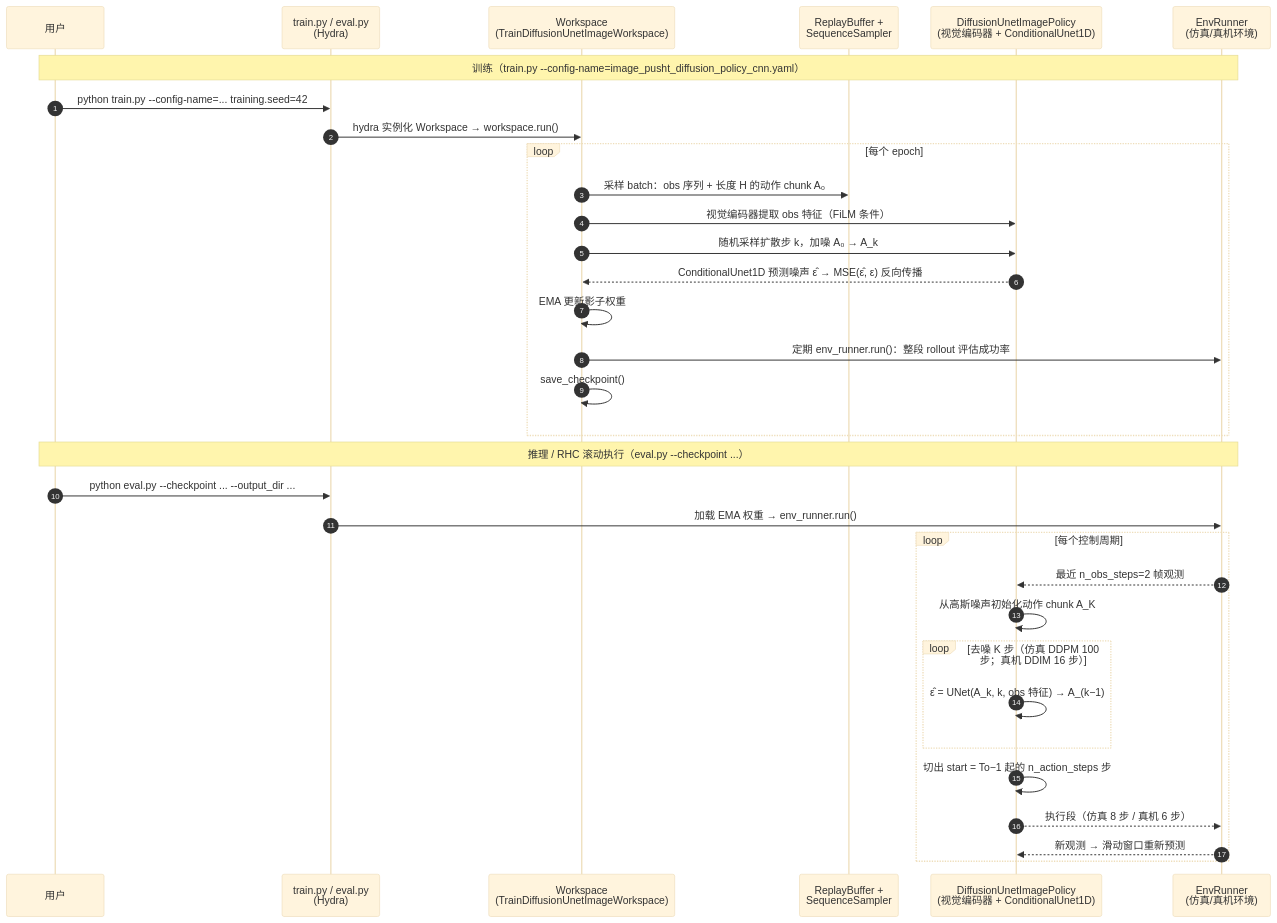
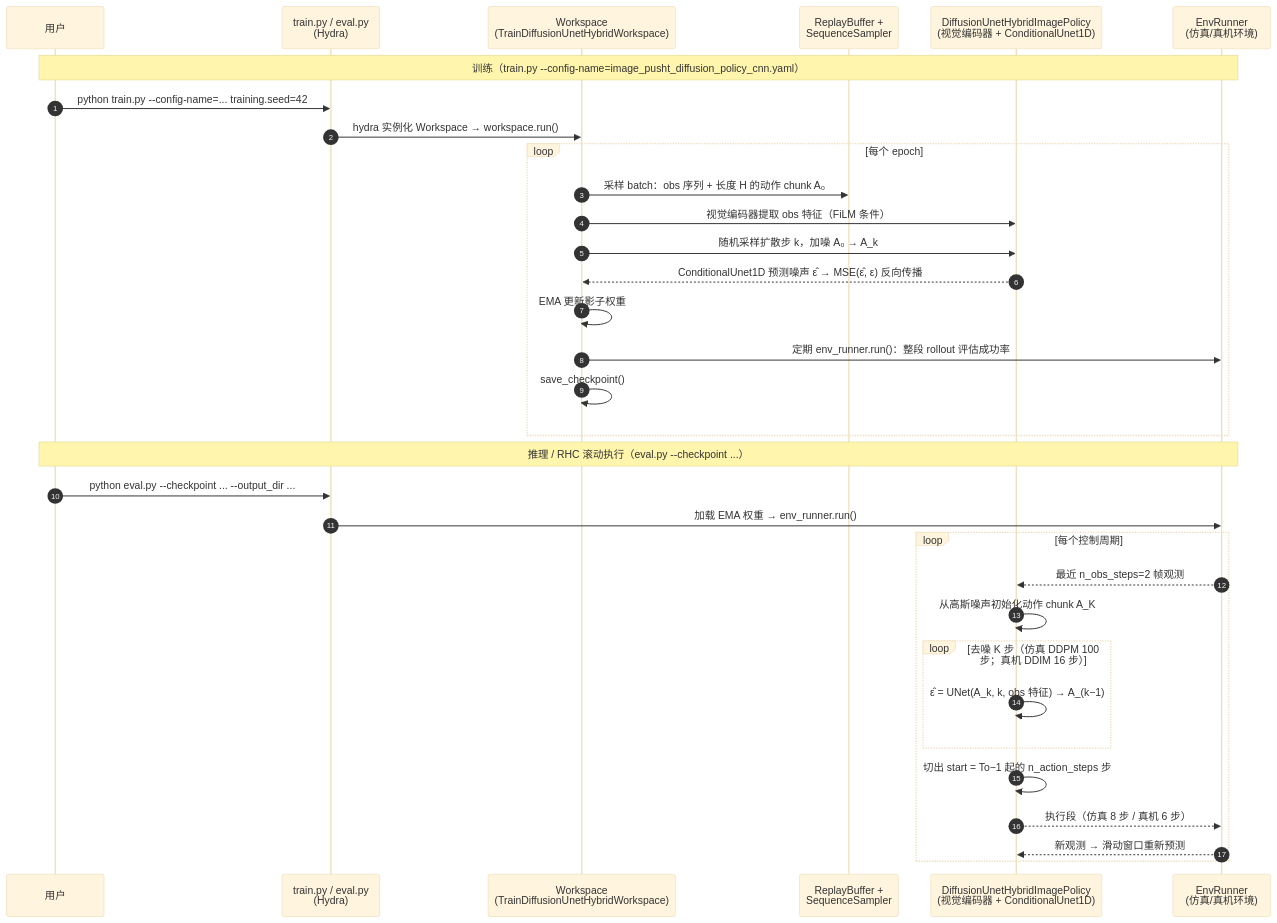
One commit to ImChong/Robot_Learning_Paper_Notebooks changed the third of 3 diagrams in papers/01_Foundational_RL/Diffusion_Policy/Diffusion_Policy.md. Above: the diagram before and after it, drawn with Mermaid (base theme). The commit also changed other lines of this file and 2 other files, not shown here.

First line of the commit message:
docs(Notes): 补全 PULSE 与 Diffusion Policy 笔记的方法细节、手算实例、实验解读与源码对照

```diff
--- a/papers/01_Foundational_RL/Diffusion_Policy/Diffusion_Policy.md
+++ b/papers/01_Foundational_RL/Diffusion_Policy/Diffusion_Policy.md
@@ -256,35 +607,35 @@
 <div class="mermaid">
 sequenceDiagram
     autonumber
     participant U as 用户
     participant T as train.py / eval.py<br/>(Hydra)
-    participant W as Workspace<br/>(TrainDiffusionUnetImageWorkspace)
+    participant W as Workspace<br/>(TrainDiffusionUnetHybridWorkspace)
     participant DL as ReplayBuffer +<br/>SequenceSampler
-    participant P as DiffusionUnetImagePolicy<br/>(视觉编码器 + ConditionalUnet1D)
+    participant P as DiffusionUnetHybridImagePolicy<br/>(视觉编码器 + ConditionalUnet1D)
     participant ER as EnvRunner<br/>(仿真/真机环境)
     Note over U,ER: 训练（train.py --config-name=image_pusht_diffusion_policy_cnn.yaml）
     U->>T: python train.py --config-name=... training.seed=42
     T->>W: hydra 实例化 Workspace → workspace.run()
     loop 每个 epoch
         W->>DL: 采样 batch：obs 序列 + 长度 H 的动作 chunk A₀
         W->>P: 视觉编码器提取 obs 特征（FiLM 条件）
         W->>P: 随机采样扩散步 k，加噪 A₀ → A_k
         P-->>W: ConditionalUnet1D 预测噪声 ε̂ → MSE(ε̂, ε) 反向传播
         W->>W: EMA 更新影子权重
         W->>ER: 定期 env_runner.run()：整段 rollout 评估成功率
         W->>W: save_checkpoint()
     end
     Note over U,ER: 推理 / RHC 滚动执行（eval.py --checkpoint ...）
     U->>T: python eval.py --checkpoint ... --output_dir ...
     T->>ER: 加载 EMA 权重 → env_runner.run()
     loop 每个控制周期
         ER-->>P: 最近 n_obs_steps=2 帧观测
         P->>P: 从高斯噪声初始化动作 chunk A_K
         loop 去噪 K 步（仿真 DDPM 100 步；真机 DDIM 16 步）
             P->>P: ε̂ = UNet(A_k, k, obs 特征) → A_(k−1)
         end
         P->>P: 切出 start = To−1 起的 n_action_steps 步
         P-->>ER: 执行段（仿真 8 步 / 真机 6 步）
         ER-->>P: 新观测 → 滑动窗口重新预测
     end
 </div>
```
